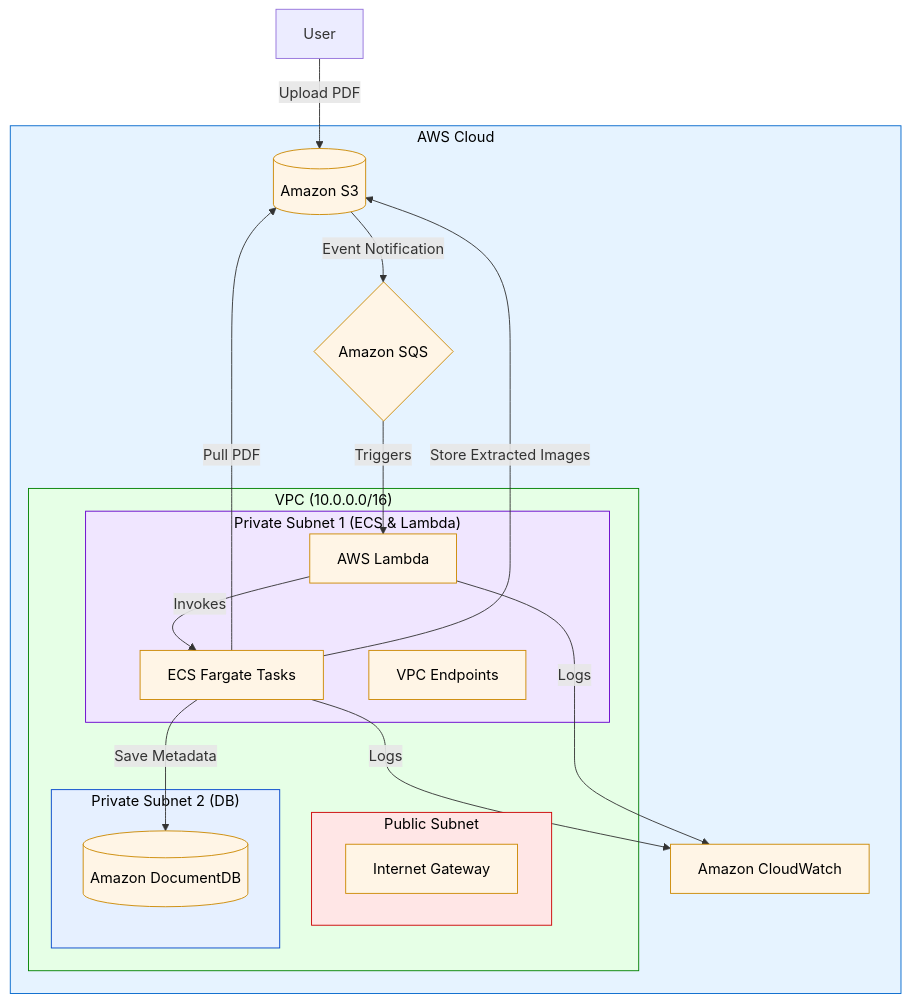
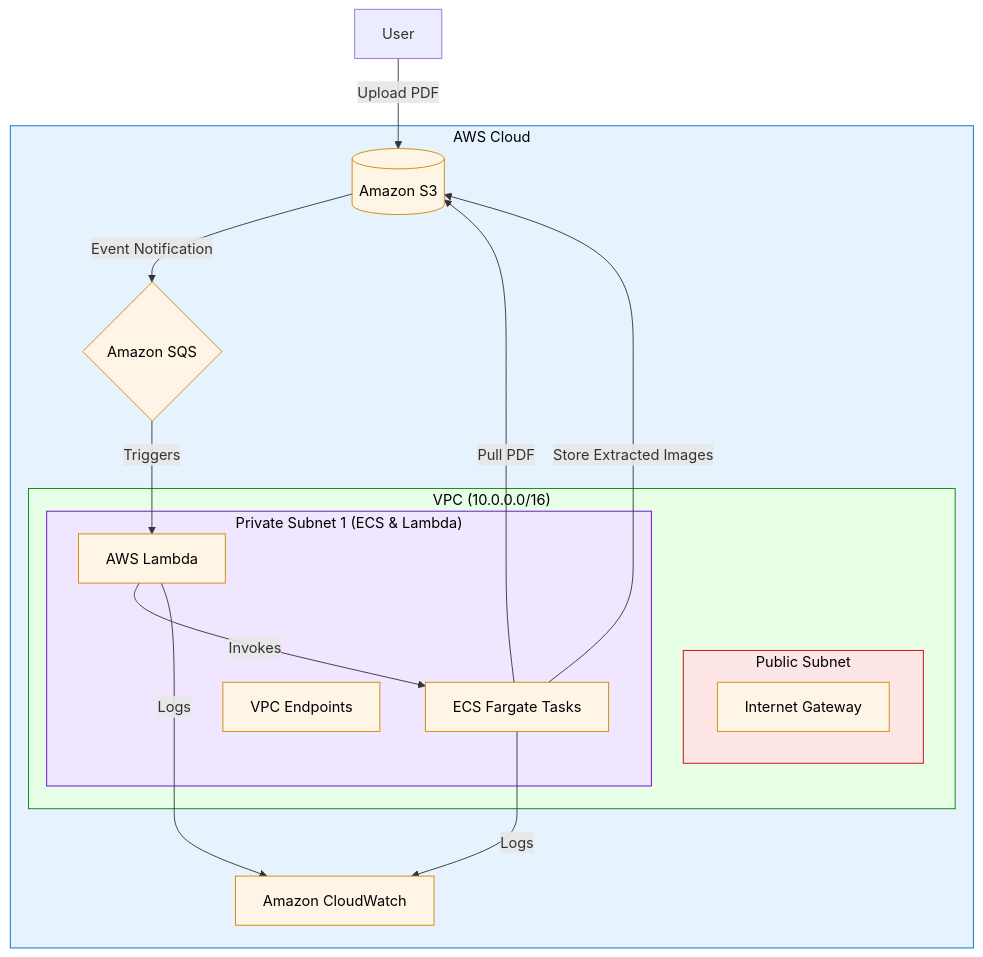
One commit to hyperverseglobalconsulting/pdf_data_extraction_statless_comps changed the diagram in README.md. Above: the diagram before and after it, drawn with Mermaid.

````diff
--- a/README.md
+++ b/README.md
@@ -22,48 +22,40 @@
 ```mermaid
-%% AWS Architecture with Isolated DocumentDB Subnet
 graph TD
     A[User] -->|Upload PDF| B[(Amazon S3)]
     
     subgraph AWS["AWS Cloud"]
         subgraph VPC["VPC (10.0.0.0/16)"]
             subgraph PublicSubnet["Public Subnet"]
                 I[Internet Gateway]
             end
             
             subgraph PrivateSubnet1["Private Subnet 1 (ECS & Lambda)"]
                 H[AWS Lambda]
                 D[ECS Fargate Tasks]
                 E[VPC Endpoints]
             end
-            
-            subgraph PrivateSubnet2["Private Subnet 2 (DB)"]
-                F[(Amazon DocumentDB)]
-            end
         end
         
         B -->|Event Notification| C{Amazon SQS}
         C -->|Triggers| H
         H -->|Invokes| D
         D -->|Pull PDF| B
         D -->|Store Extracted Images| B
-        D -->|Save Metadata| F
         D -->|Logs| G[Amazon CloudWatch]
         H -->|Logs| G
     end
     
     %% Class Definitions
     classDef aws fill:#e6f3ff,stroke:#0066cc,color:#000;
     classDef vpc fill:#e6ffe6,stroke:#008000,color:#000;
     classDef public fill:#ffe6e6,stroke:#cc0000,color:#000;
     classDef private1 fill:#f0e6ff,stroke:#6600cc,color:#000;
-    classDef private2 fill:#e6f0ff,stroke:#0044cc,color:#000;
     classDef service fill:#fff5e6,stroke:#cc8800,color:#000;
     
     %% Apply Styles
     class AWS aws;
     class VPC vpc;
     class PublicSubnet public;
     class PrivateSubnet1 private1;
-    class PrivateSubnet2 private2;
-    class B,C,F,G,I,D,E,H service;
+    class B,C,G,I,D,E,H service;
 ```
````
